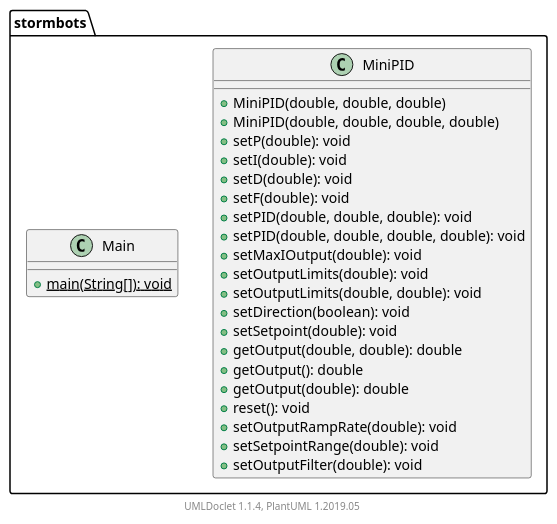
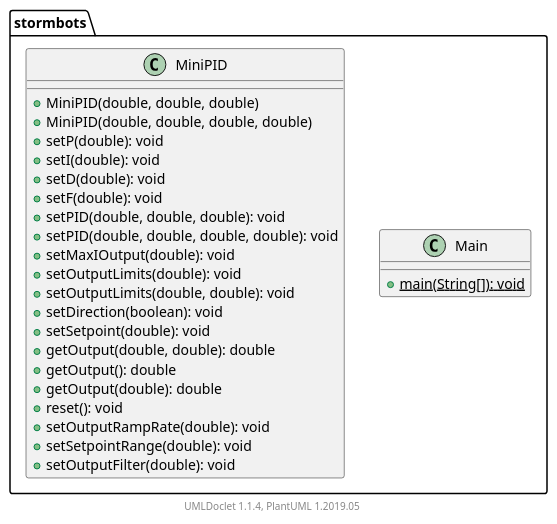
The diagram in rc-action/rc-action/apidocs/stormbots/package.puml (rc-dukes/dukes), drawn with PlantUML before and after one commit. The commit also changed other lines of this file and 2213 other files, not shown here.

```diff
--- a/rc-action/rc-action/apidocs/stormbots/package.puml
+++ b/rc-action/rc-action/apidocs/stormbots/package.puml
@@ -1,36 +1,36 @@
 @startuml
 
     namespace stormbots {
+
+        class Main [[Main.html]] {
+            {static} +main(String[]): void
+        }
 
         class MiniPID [[MiniPID.html]] {
             +MiniPID(double, double, double)
             +MiniPID(double, double, double, double)
             +setP(double): void
             +setI(double): void
             +setD(double): void
             +setF(double): void
             +setPID(double, double, double): void
             +setPID(double, double, double, double): void
             +setMaxIOutput(double): void
             +setOutputLimits(double): void
             +setOutputLimits(double, double): void
             +setDirection(boolean): void
             +setSetpoint(double): void
             +getOutput(double, double): double
             +getOutput(): double
             +getOutput(double): double
             +reset(): void
             +setOutputRampRate(double): void
             +setSetpointRange(double): void
             +setOutputFilter(double): void
         }
 
-        class Main [[Main.html]] {
-            {static} +main(String[]): void
-        }
-
     }
 
 
     center footer UMLDoclet 1.1.4, PlantUML 1.2019.05
 @enduml
```
